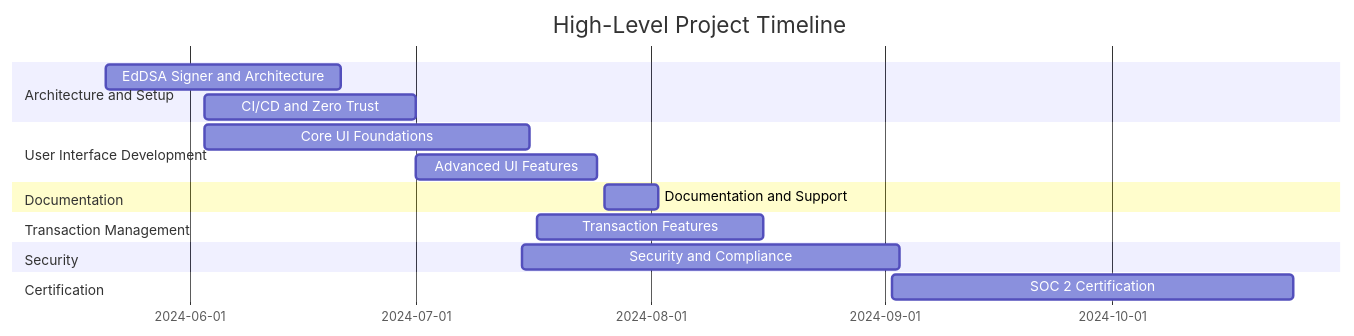
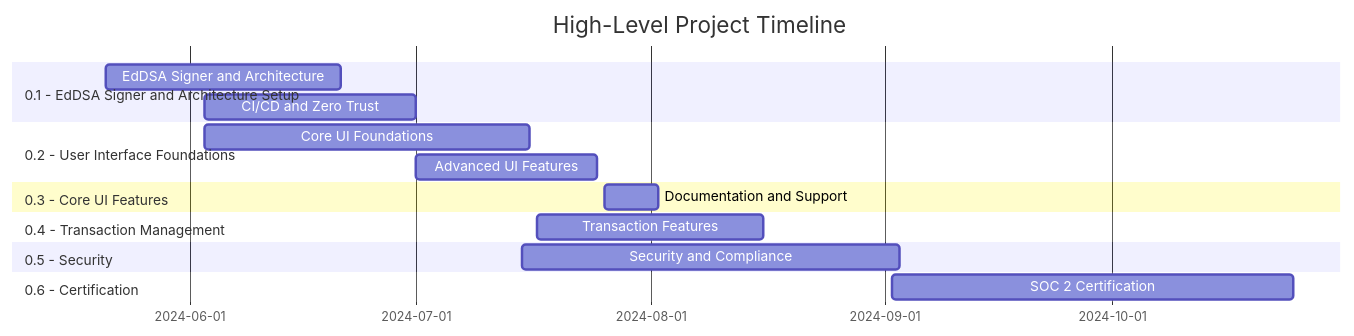
The first of 4 diagrams in project/dap-planning.md (keyban-io/sdk-js), drawn with Mermaid before and after one commit. The commit also changed other lines of this file and 1 other file, not shown here.

Commit message:
docs: roadmap update

````diff
--- a/project/dap-planning.md
+++ b/project/dap-planning.md
@@ -5,24 +5,25 @@
 ```mermaid
 gantt
     title High-Level Project Timeline
     dateFormat  DD/MM/YYYY
-    section Architecture and Setup
+
+    section 0.1 - EdDSA Signer and Architecture Setup
     EdDSA Signer and Architecture : 21/05/2024, 21/06/2024
     CI/CD and Zero Trust : 03/06/2024, 01/07/2024
 
-    section User Interface Development
+    section 0.2 - User Interface Foundations
     Core UI Foundations : 03/06/2024, 16/07/2024
     Advanced UI Features : 01/07/2024, 25/07/2024
 
-    section Documentation
+    section 0.3 - Core UI Features
     Documentation and Support : 26/07/2024, 02/08/2024
 
-    section Transaction Management
+    section 0.4 - Transaction Management
     Transaction Features : 17/07/2024, 16/08/2024
 
-    section Security
+    section 0.5 - Security
     Security and Compliance : 15/07/2024, 03/09/2024
 
-    section Certification
+    section 0.6 - Certification
     SOC 2 Certification : 02/09/2024, 25/10/2024
 ```
````
